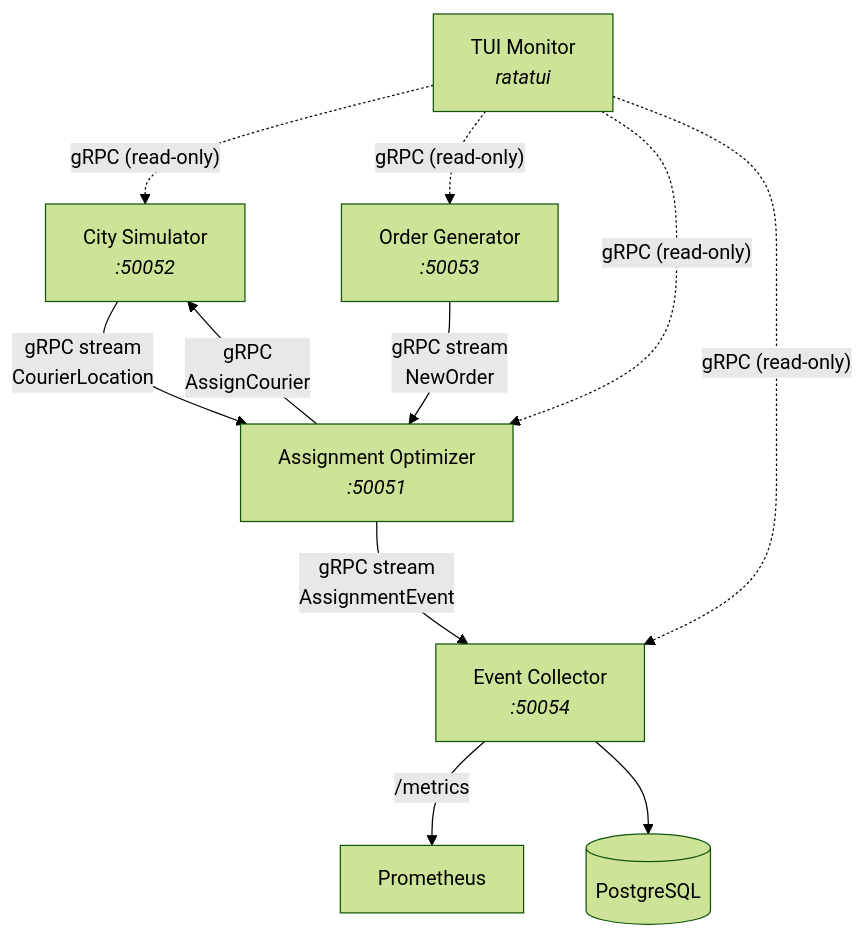
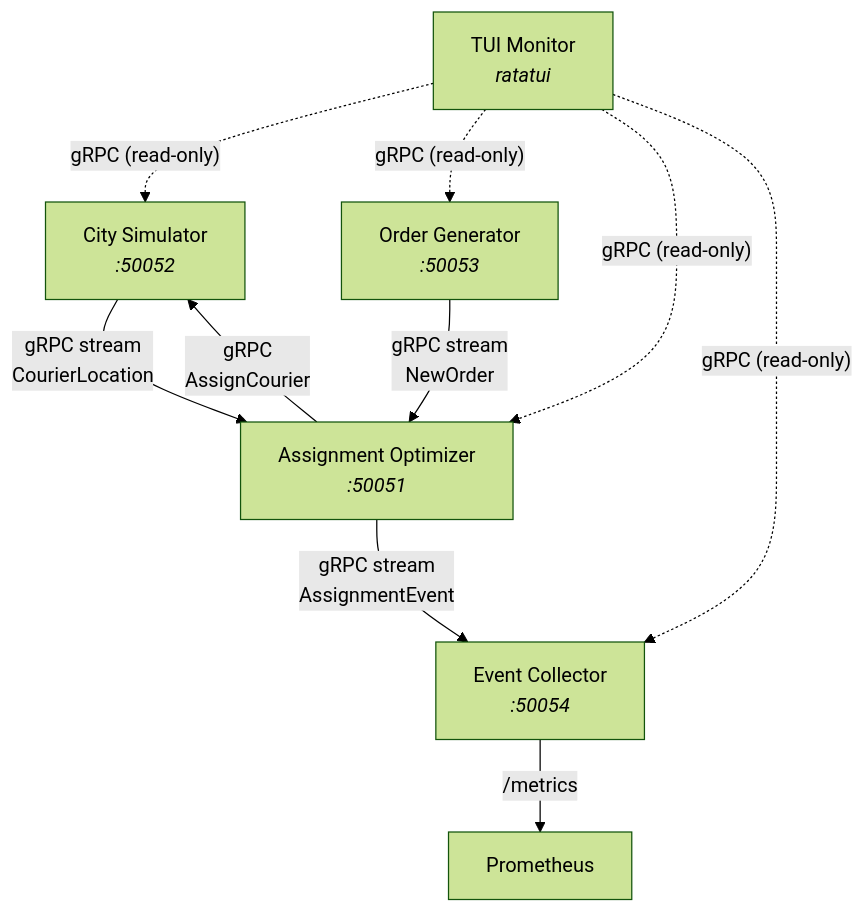
Before and after one commit to meowyx/router-flow: the diagram in README.md, drawn with Mermaid (forest theme). The commit also changed other lines of this file, not shown here.

````diff
--- a/README.md
+++ b/README.md
@@ -7,22 +7,20 @@
 ```mermaid
 graph TD
     CS[City Simulator<br/><i>:50052</i>]
     OG[Order Generator<br/><i>:50053</i>]
     AO[Assignment Optimizer<br/><i>:50051</i>]
     EC[Event Collector<br/><i>:50054</i>]
     TUI[TUI Monitor<br/><i>ratatui</i>]
-    PG[(PostgreSQL)]
     PROM[Prometheus]
 
     CS -- "gRPC stream<br/>CourierLocation" --> AO
     OG -- "gRPC stream<br/>NewOrder" --> AO
     AO -- "gRPC<br/>AssignCourier" --> CS
     AO -- "gRPC stream<br/>AssignmentEvent" --> EC
     EC -- "/metrics" --> PROM
-    EC --> PG
 
     TUI -. "gRPC (read-only)" .-> CS
     TUI -. "gRPC (read-only)" .-> OG
     TUI -. "gRPC (read-only)" .-> AO
     TUI -. "gRPC (read-only)" .-> EC
 ```
````
